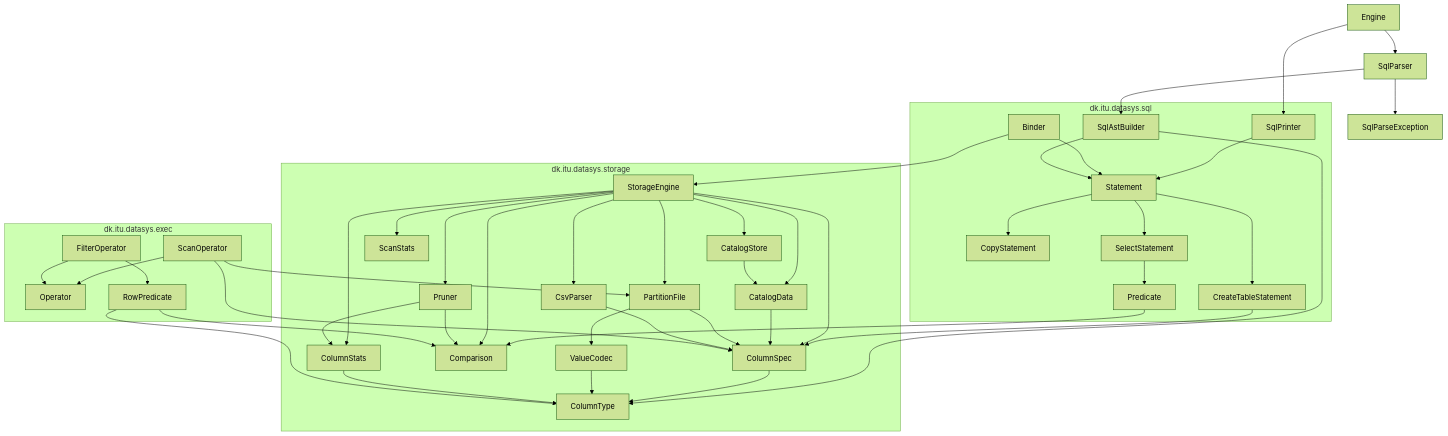
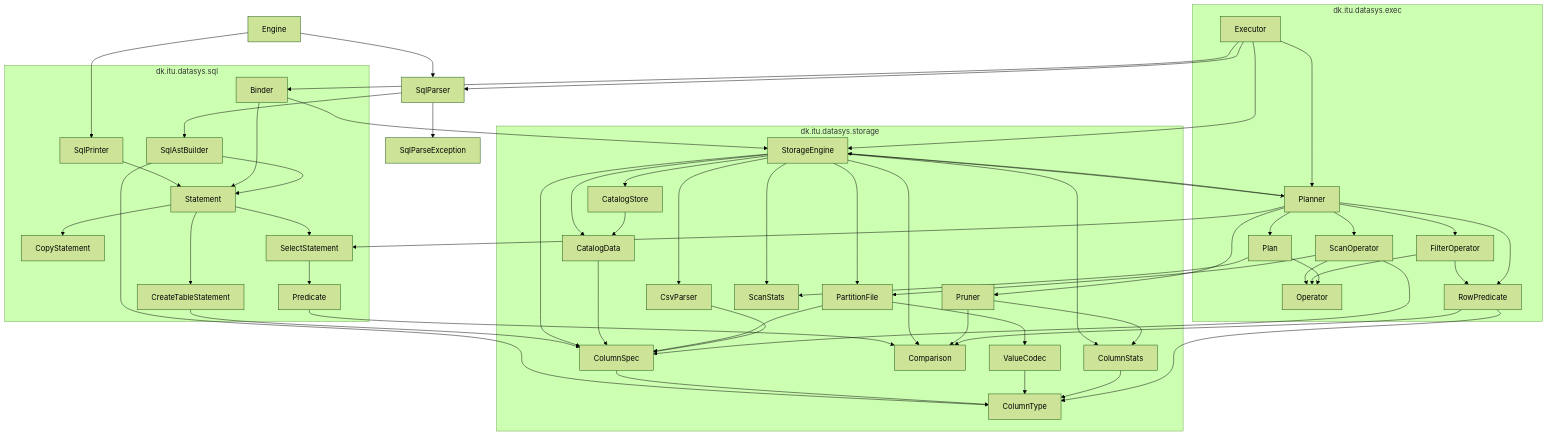
Before and after one commit to julianefalsig/datasys-engine-TheQueryCrew: the diagram in README.md, drawn with Mermaid (forest theme). The commit also changed other lines of this file and 9 other files, not shown here.

Commit message:
4.2: The Planner and Executor (#46)

````diff
--- a/README.md
+++ b/README.md
@@ -105,6 +109,9 @@
     ScanOperator
     FilterOperator
     RowPredicate
+    Plan
+    Planner
+    Executor
   end
   subgraph storagePkg ["dk.itu.datasys.storage"]
     StorageEngine
@@ -139,11 +146,11 @@
   StorageEngine --> CatalogData
   StorageEngine --> PartitionFile
   StorageEngine --> CsvParser
-  StorageEngine --> Pruner
   StorageEngine --> ColumnStats
   StorageEngine --> ColumnSpec
   StorageEngine --> Comparison
   StorageEngine --> ScanStats
+  StorageEngine --> Planner
   CatalogStore --> CatalogData
   CatalogData --> ColumnSpec
   PartitionFile --> ValueCodec
@@ -161,4 +168,17 @@
   ScanOperator --> ColumnSpec
   RowPredicate --> Comparison
   RowPredicate --> ColumnType
+  Plan --> Operator
+  Plan --> ScanStats
+  Planner --> Plan
+  Planner --> ScanOperator
+  Planner --> FilterOperator
+  Planner --> RowPredicate
+  Planner --> Pruner
+  Planner --> StorageEngine
+  Planner --> SelectStatement
+  Executor --> SqlParser
+  Executor --> Binder
+  Executor --> Planner
+  Executor --> StorageEngine
 ```
````
